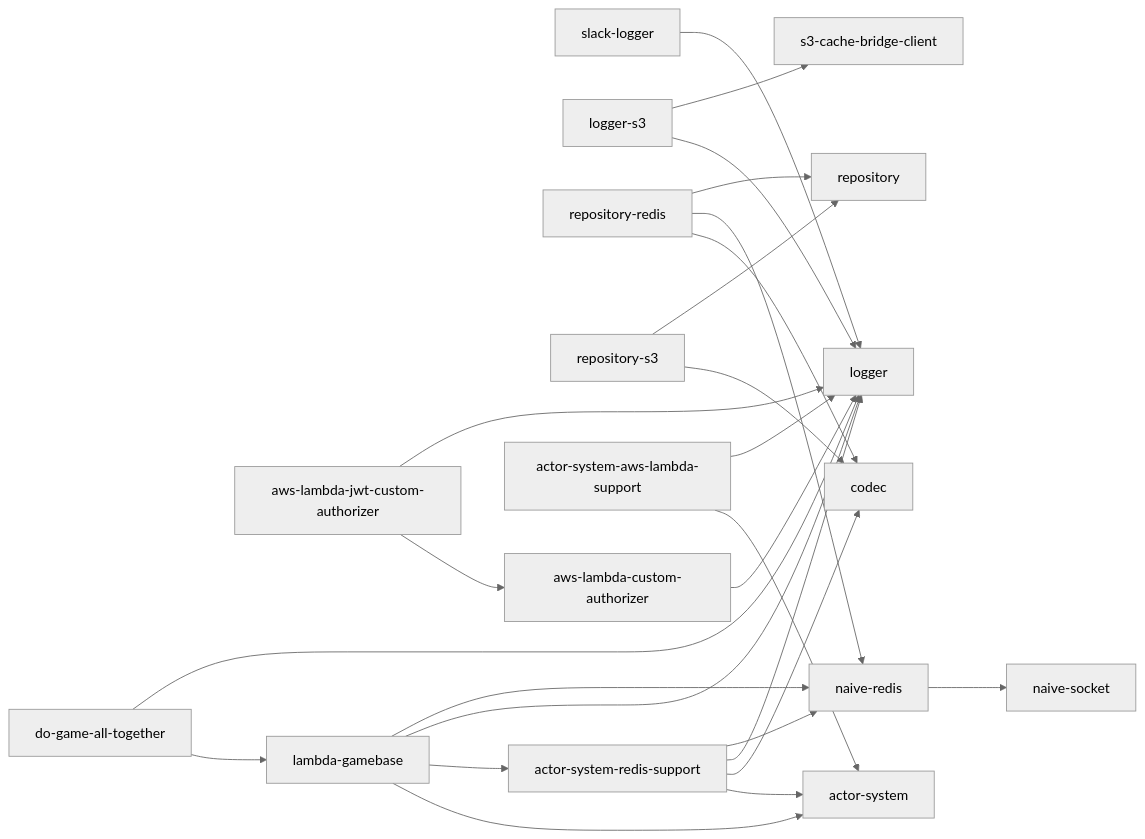
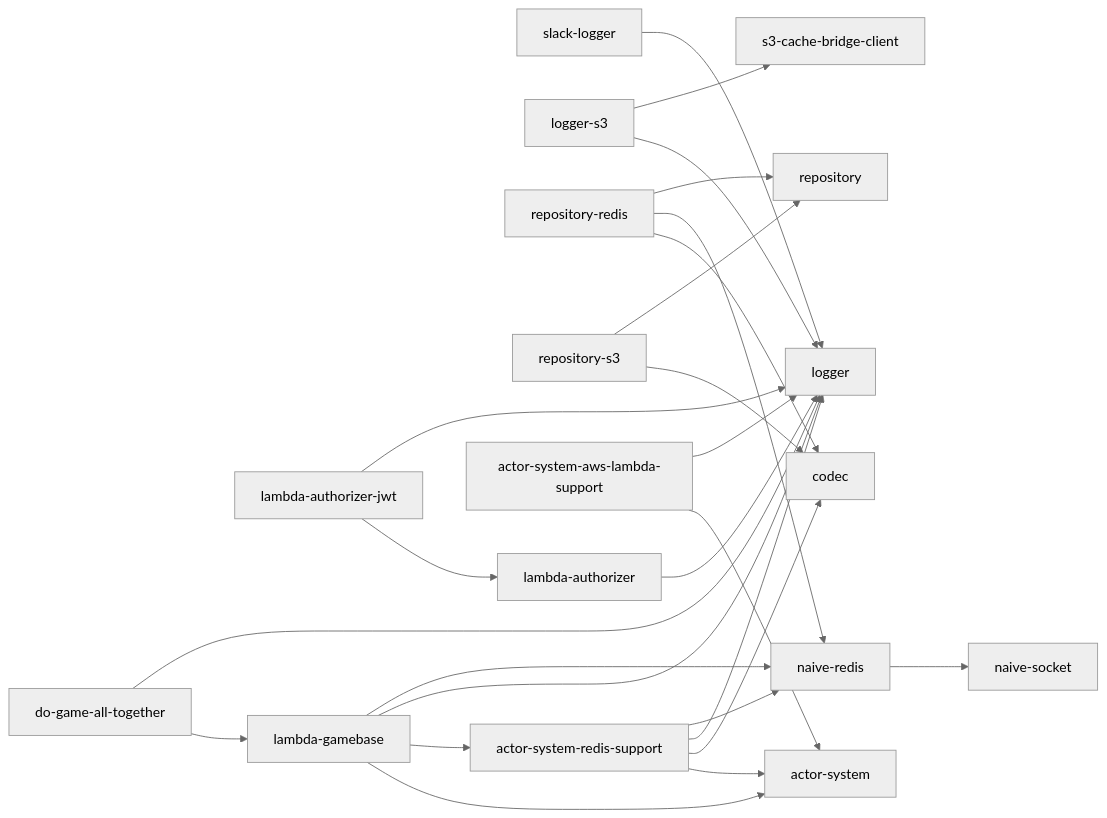
Before and after one commit to yingyeothon/tslib: the diagram in README.md, drawn with Mermaid (neutral theme). The commit also changed other lines of this file and 130 other files, not shown here.

````diff
--- a/README.md
+++ b/README.md
@@ -30,27 +30,27 @@
 ```mermaid
 graph LR
   naive-redis --> naive-socket
   slack-logger --> logger
   logger-s3 --> logger
   logger-s3 --> s3-cache-bridge-client
   repository-redis --> codec
   repository-redis --> naive-redis
   repository-redis --> repository
   repository-s3 --> codec
   repository-s3 --> repository
   actor-system-redis-support --> actor-system
   actor-system-redis-support --> codec
   actor-system-redis-support --> logger
   actor-system-redis-support --> naive-redis
   actor-system-aws-lambda-support --> actor-system
   actor-system-aws-lambda-support --> logger
-  aws-lambda-custom-authorizer --> logger
-  aws-lambda-jwt-custom-authorizer --> aws-lambda-custom-authorizer
-  aws-lambda-jwt-custom-authorizer --> logger
+  lambda-authorizer --> logger
+  lambda-authorizer-jwt --> lambda-authorizer
+  lambda-authorizer-jwt --> logger
   lambda-gamebase --> actor-system
   lambda-gamebase --> actor-system-redis-support
   lambda-gamebase --> logger
   lambda-gamebase --> naive-redis
   do-game-all-together --> lambda-gamebase
   do-game-all-together --> logger
 ```
````
